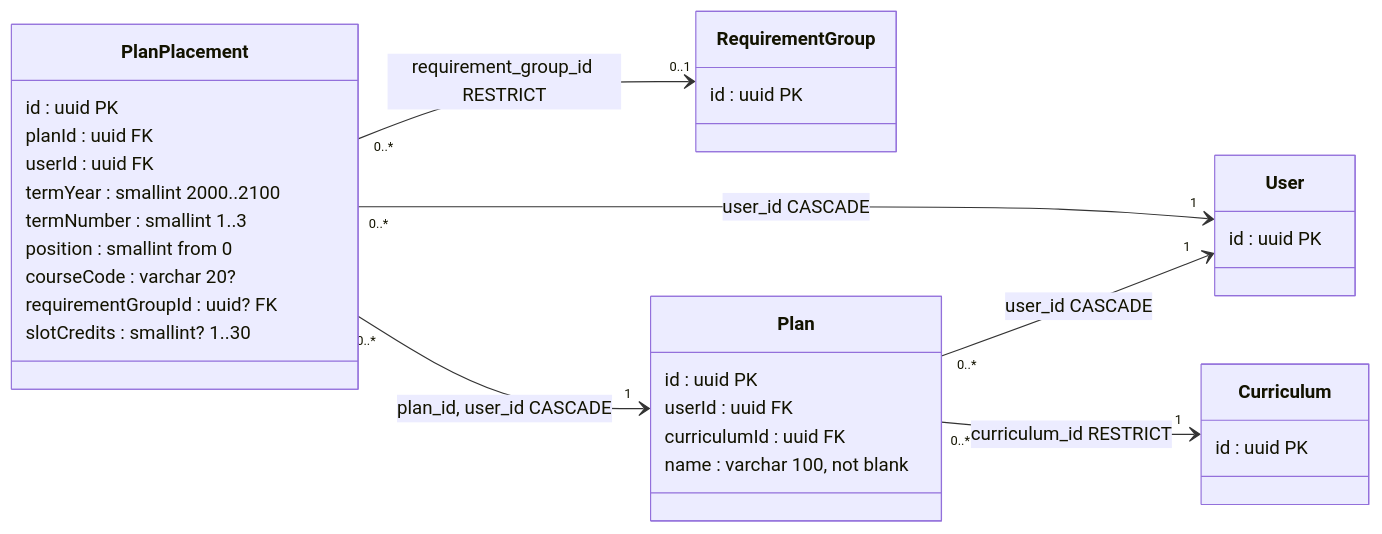
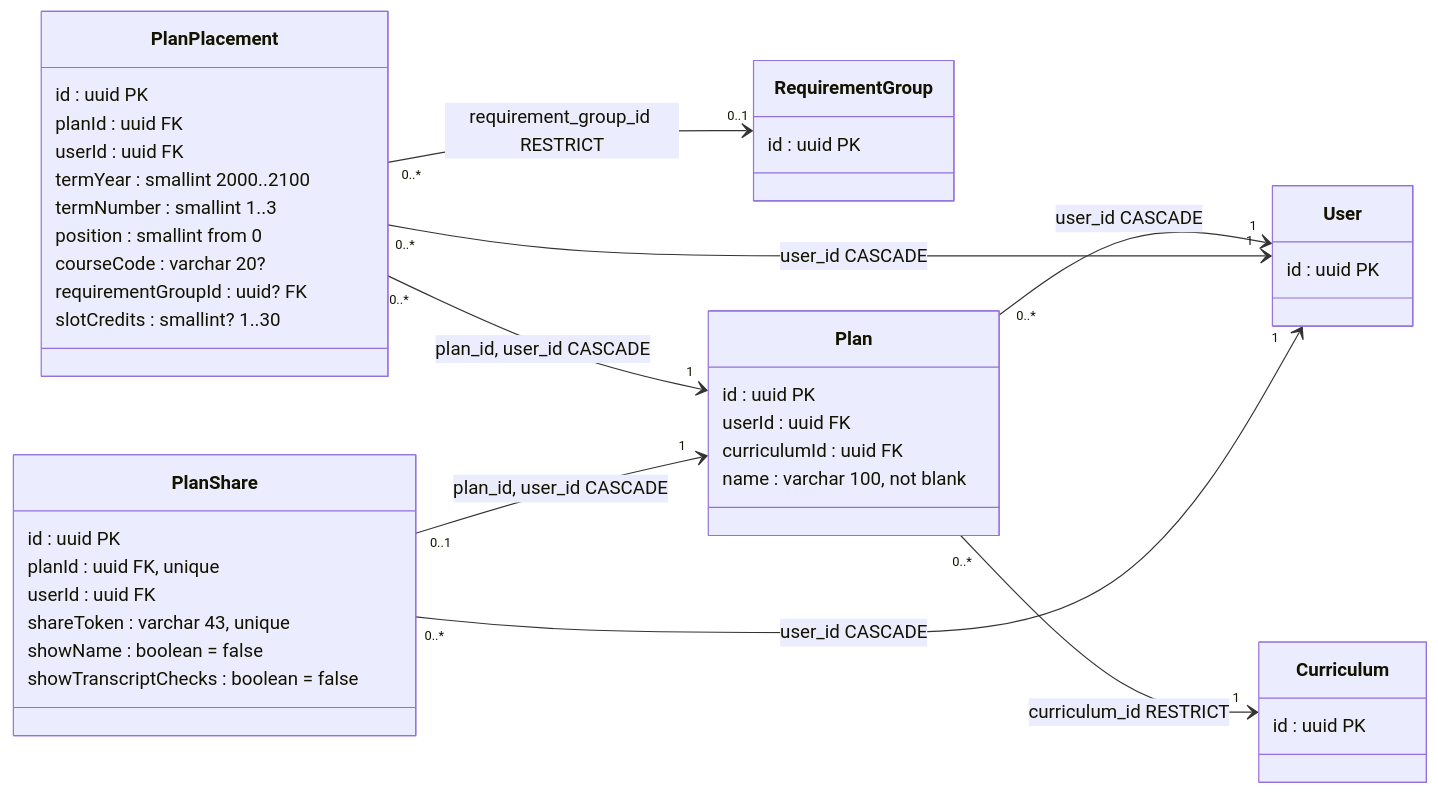
Before and after one commit to LLaammTTeerr/omnicourses: the fourth of 15 diagrams in docs/analysis-and-design/class-model.md, drawn with Mermaid. The commit also changed other lines of this file and 37 other files, not shown here.

First line of the commit message:
feat(sharing): share a plan by a read-only link (#153)

````diff
--- a/docs/analysis-and-design/class-model.md
+++ b/docs/analysis-and-design/class-model.md
@@ -242,35 +242,45 @@
 ```mermaid
 classDiagram
     direction LR
     class User {
         id : uuid PK
     }
     class Curriculum {
         id : uuid PK
     }
     class RequirementGroup {
         id : uuid PK
     }
     class Plan {
         id : uuid PK
         userId : uuid FK
         curriculumId : uuid FK
         name : varchar 100, not blank
     }
     class PlanPlacement {
         id : uuid PK
         planId : uuid FK
         userId : uuid FK
         termYear : smallint 2000..2100
         termNumber : smallint 1..3
         position : smallint from 0
         courseCode : varchar 20?
         requirementGroupId : uuid? FK
         slotCredits : smallint? 1..30
     }
+    class PlanShare {
+        id : uuid PK
+        planId : uuid FK, unique
+        userId : uuid FK
+        shareToken : varchar 43, unique
+        showName : boolean = false
+        showTranscriptChecks : boolean = false
+    }
     Plan "0..*" --> "1" User : user_id CASCADE
     Plan "0..*" --> "1" Curriculum : curriculum_id RESTRICT
     PlanPlacement "0..*" --> "1" Plan : plan_id, user_id CASCADE
     PlanPlacement "0..*" --> "1" User : user_id CASCADE
     PlanPlacement "0..*" --> "0..1" RequirementGroup : requirement_group_id RESTRICT
+    PlanShare "0..1" --> "1" Plan : plan_id, user_id CASCADE
+    PlanShare "0..*" --> "1" User : user_id CASCADE
 ```
````
